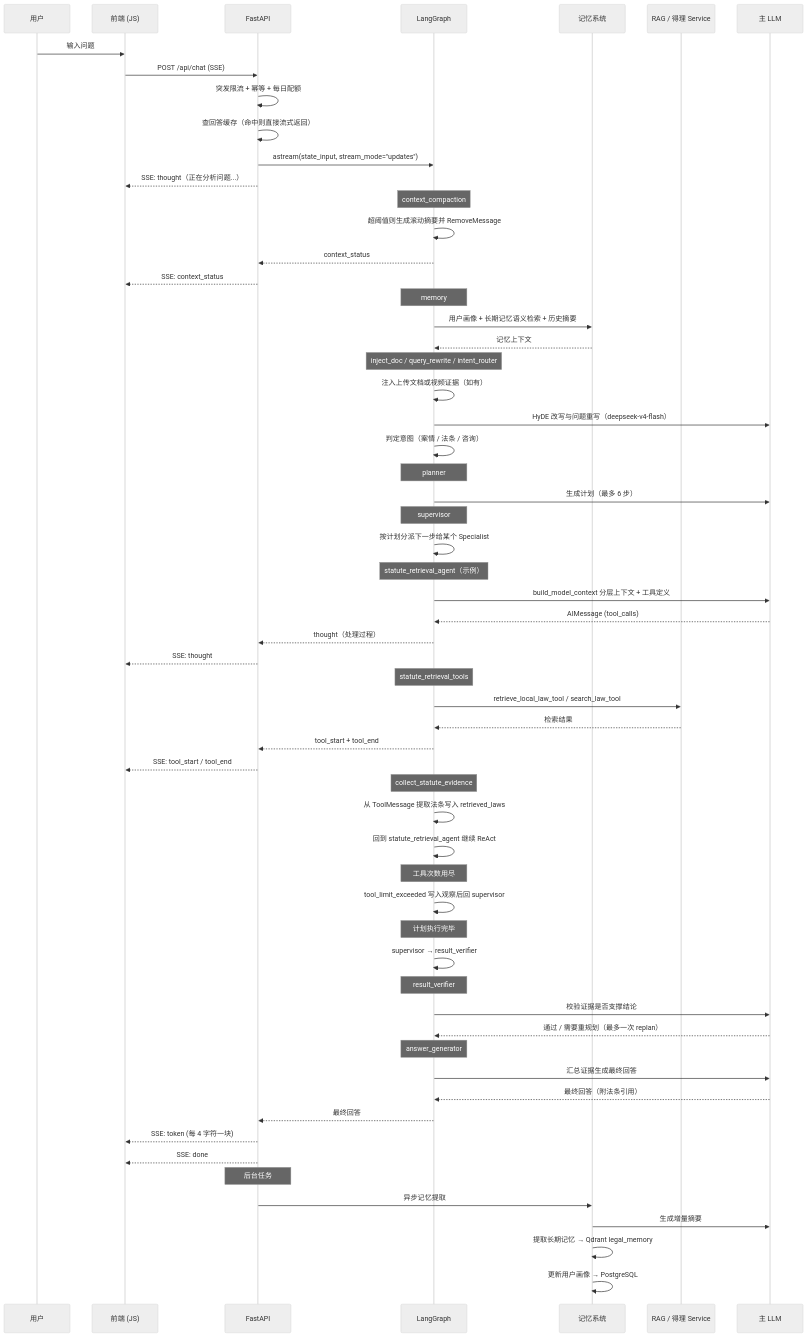
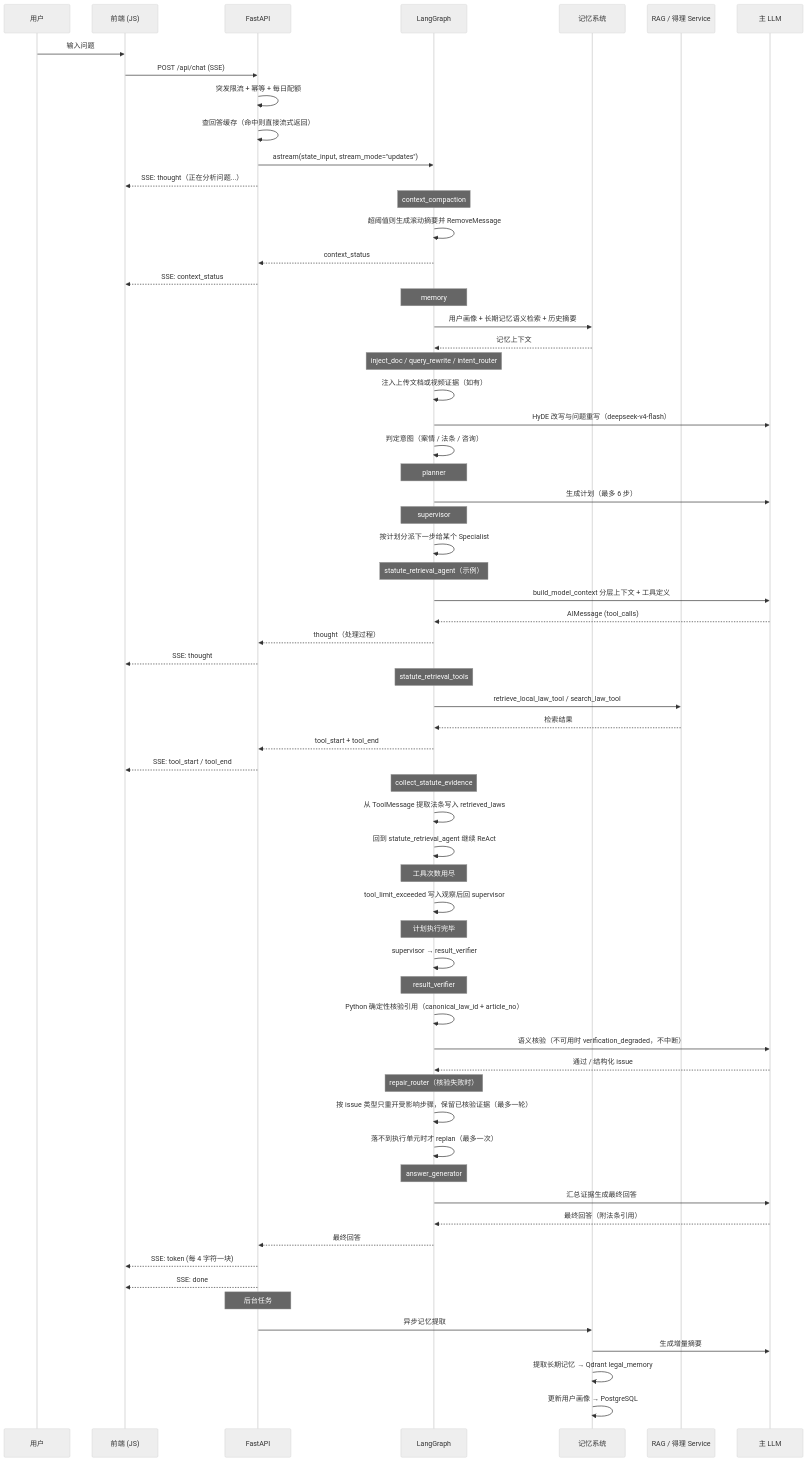
The diagram in docs/sequences/chat-flow.md (uuo00n/lexcore-legal-agent), drawn with Mermaid (neutral theme) before and after one commit. The commit also changed other lines of this file and 13 other files, not shown here.

````diff
--- a/docs/sequences/chat-flow.md
+++ b/docs/sequences/chat-flow.md
@@ -5,77 +5,82 @@
 ```mermaid
 sequenceDiagram
     participant U as 用户
     participant FE as 前端 (JS)
     participant API as FastAPI
     participant LG as LangGraph
     participant MEM as 记忆系统
     participant RAG as RAG / 得理 Service
     participant LLM as 主 LLM
 
     U->>FE: 输入问题
     FE->>API: POST /api/chat (SSE)
     API->>API: 突发限流 + 幂等 + 每日配额
     API->>API: 查回答缓存（命中则直接流式返回）
     API->>LG: astream(state_input, stream_mode="updates")
     API-->>FE: SSE: thought（正在分析问题...）
 
     Note over LG: context_compaction
     LG->>LG: 超阈值则生成滚动摘要并 RemoveMessage
     LG-->>API: context_status
     API-->>FE: SSE: context_status
 
     Note over LG: memory
     LG->>MEM: 用户画像 + 长期记忆语义检索 + 历史摘要
     MEM-->>LG: 记忆上下文
 
     Note over LG: inject_doc / query_rewrite / intent_router
     LG->>LG: 注入上传文档或视频证据（如有）
     LG->>LLM: HyDE 改写与问题重写（deepseek-v4-flash）
     LG->>LG: 判定意图（案情 / 法条 / 咨询）
 
     Note over LG: planner
     LG->>LLM: 生成计划（最多 6 步）
 
     Note over LG: supervisor
     LG->>LG: 按计划分派下一步给某个 Specialist
 
     Note over LG: statute_retrieval_agent（示例）
     LG->>LLM: build_model_context 分层上下文 + 工具定义
     LLM-->>LG: AIMessage (tool_calls)
     LG-->>API: thought（处理过程）
     API-->>FE: SSE: thought
 
     Note over LG: statute_retrieval_tools
     LG->>RAG: retrieve_local_law_tool / search_law_tool
     RAG-->>LG: 检索结果
     LG-->>API: tool_start + tool_end
     API-->>FE: SSE: tool_start / tool_end
 
     Note over LG: collect_statute_evidence
     LG->>LG: 从 ToolMessage 提取法条写入 retrieved_laws
     LG->>LG: 回到 statute_retrieval_agent 继续 ReAct
 
     Note over LG: 工具次数用尽
     LG->>LG: tool_limit_exceeded 写入观察后回 supervisor
 
     Note over LG: 计划执行完毕
     LG->>LG: supervisor → result_verifier
 
     Note over LG: result_verifier
-    LG->>LLM: 校验证据是否支撑结论
-    LLM-->>LG: 通过 / 需要重规划（最多一次 replan）
+    LG->>LG: Python 确定性核验引用（canonical_law_id + article_no）
+    LG->>LLM: 语义核验（不可用时 verification_degraded，不中断）
+    LLM-->>LG: 通过 / 结构化 issue
+
+    Note over LG: repair_router（核验失败时）
+    LG->>LG: 按 issue 类型只重开受影响步骤，保留已核验证据（最多一轮）
+    LG->>LG: 落不到执行单元时才 replan（最多一次）
 
     Note over LG: answer_generator
     LG->>LLM: 汇总证据生成最终回答
     LLM-->>LG: 最终回答（附法条引用）
 
     LG-->>API: 最终回答
     API-->>FE: SSE: token (每 4 字符一块)
     API-->>FE: SSE: done
 
     Note over API: 后台任务
     API->>MEM: 异步记忆提取
     MEM->>LLM: 生成增量摘要
     MEM->>MEM: 提取长期记忆 → Qdrant legal_memory
     MEM->>MEM: 更新用户画像 → PostgreSQL
 ```
````
